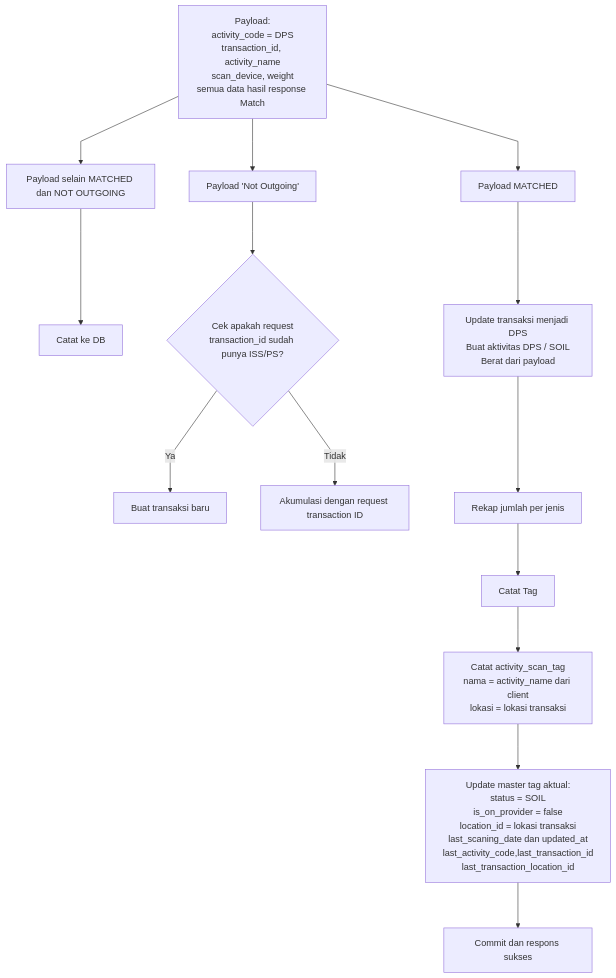
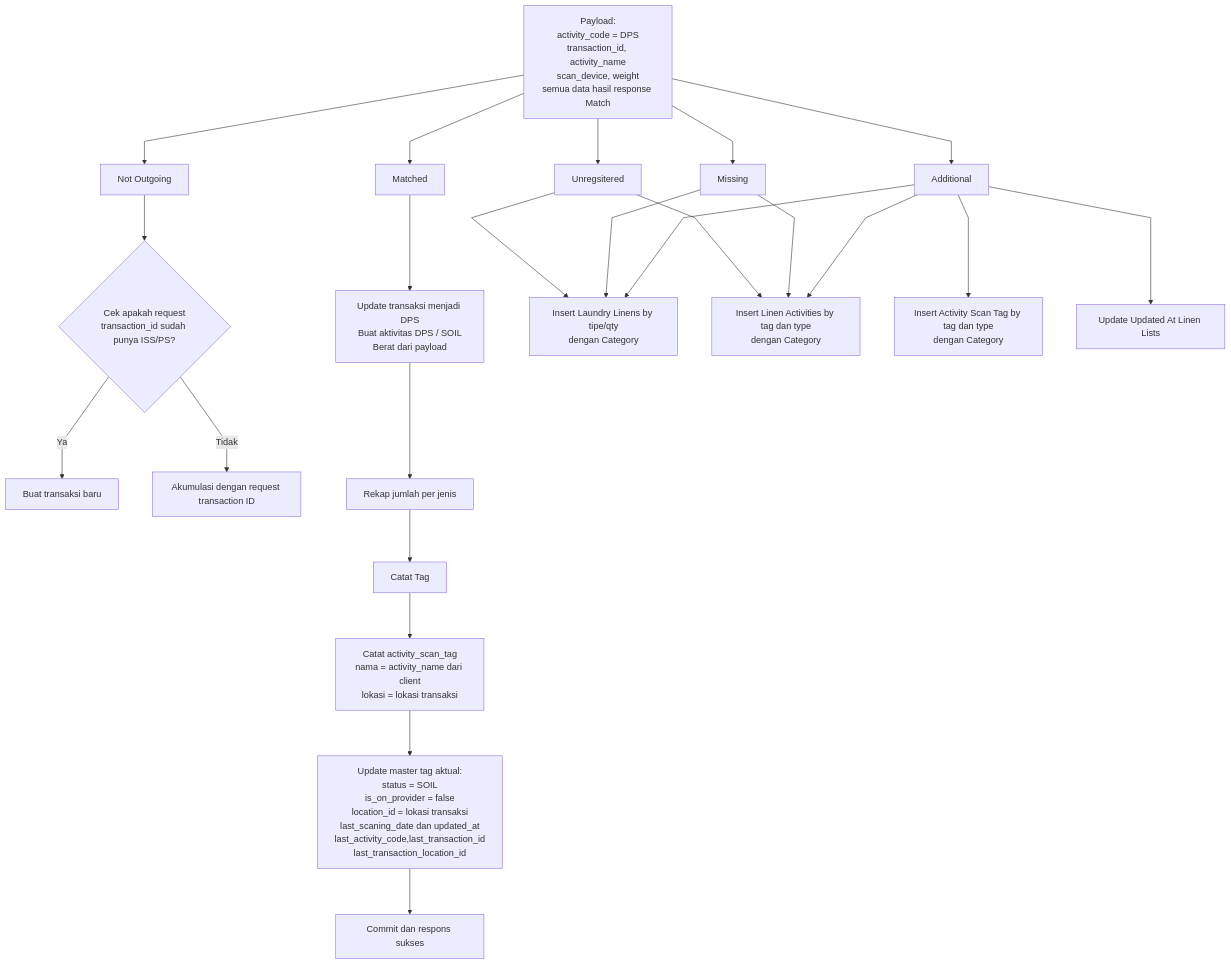
One commit to bagaskrmn/bac-flow-laundry changed the third of 3 diagrams in laundry-activities/driver-pickup-soil.md. Above: the diagram before and after it, drawn with Mermaid.

Commit message:
fix dps submit

````diff
--- a/laundry-activities/driver-pickup-soil.md
+++ b/laundry-activities/driver-pickup-soil.md
@@ -46,23 +46,35 @@
 ```mermaid
 %%{init: {'flowchart': {'curve': 'linear', 'nodeSpacing': 60, 'rankSpacing': 80, 'diagramPadding': 24}}}%%
 flowchart TD
     N_IN["Payload:<br/>activity_code = DPS<br/>transaction_id, activity_name<br/>scan_device, weight<br/>semua data hasil response Match"]
-    N_IN --> N_NMATCH["Payload selain MATCHED dan NOT OUTGOING"]
-    N_NMATCH --> N_NOTES["Catat ke DB"]
-    N_IN --> N_MATCH["Payload MATCHED"]
+    N_IN --> N_MATCH["Matched"]
     N_MATCH --> N_ACT["Update transaksi menjadi DPS<br/>Buat aktivitas DPS / SOIL<br/>Berat dari payload"]
-    N_IN -->N_OSS2["Payload 'Not Outgoing'"]
+    N_IN -->N_OSS2["Not Outgoing"]
     N_OSS2 -->N_ISSPS{"Cek apakah request<br/>transaction_id sudah punya ISS/PS?"}
     N_ISSPS -->|Ya| N_CREATETRX["Buat transaksi baru"]
     N_ISSPS -->|Tidak| N_ACCUMULATE["Akumulasi dengan request transaction ID"]
+
+    N_IN -->N_ADD["Additional"]
+    N_IN -->N_MISSING["Missing"]
+    N_IN -->N_UNREG["Unregsitered"]
+
+    N_ADD -->N_INSLL["Insert Laundry Linens by tipe/qty<br/>dengan Category"]
+    N_ADD -->N_INSLA["Insert Linen Activities by tag dan type<br/>dengan Category"]
+    N_ADD -->N_INSAST["Insert Activity Scan Tag by tag dan type<br/>dengan Category"]
+    N_ADD -->N_UPDLL["Update Updated At Linen Lists"]
+
+    N_MISSING -->N_INSLL
+    N_MISSING -->N_INSLA
+    N_UNREG -->N_INSLL
+    N_UNREG -->N_INSLA
 
 
     N_ACT --> N_QTY["Rekap jumlah per jenis"]
 
     N_QTY --> N_REAL["Catat Tag"]
     N_REAL --> N_SCAN["Catat activity_scan_tag<br/>nama = activity_name dari client<br/>lokasi = lokasi transaksi"]
     N_SCAN --> N_MASTER["Update master tag aktual:<br/>status = SOIL<br/>is_on_provider = false<br/>location_id = lokasi transaksi<br/>last_scaning_date dan updated_at<br/>last_activity_code,last_transaction_id<br/>last_transaction_location_id"]
     N_MASTER --> N_DONE["Commit dan respons sukses"]
 
-    class N_NMATCH,N_NOTES,N_OSS2,N_ISSPS,N_CREATETRX,N_ACCUMULATE danger
+    class N_NOTES,N_OSS2,N_ISSPS,N_CREATETRX,N_ACCUMULATE,N_ADD,N_MISSING,N_UNREG,N_INSLL,N_INSLA,N_INSAST,N_UPDLL danger
 ```
````
